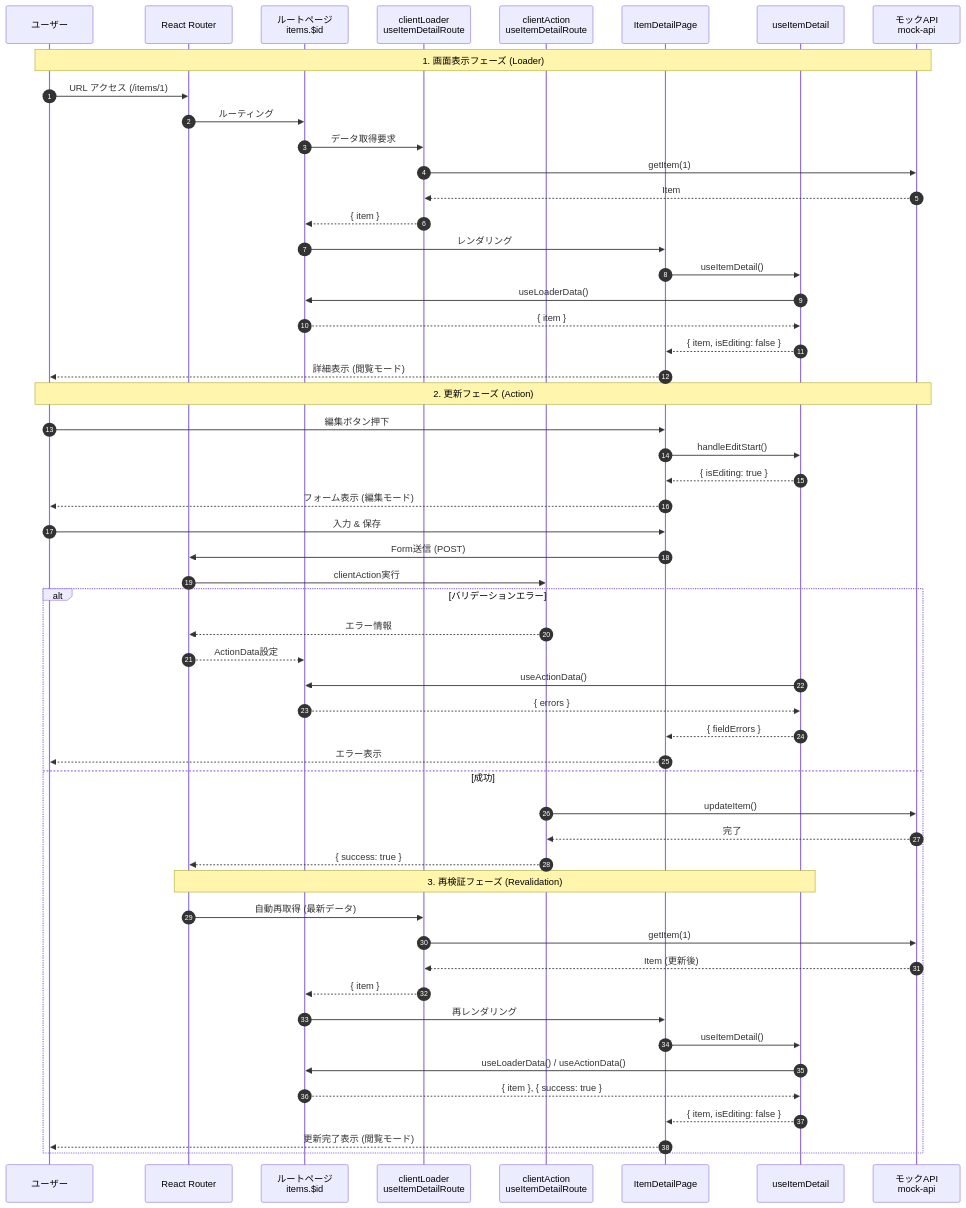
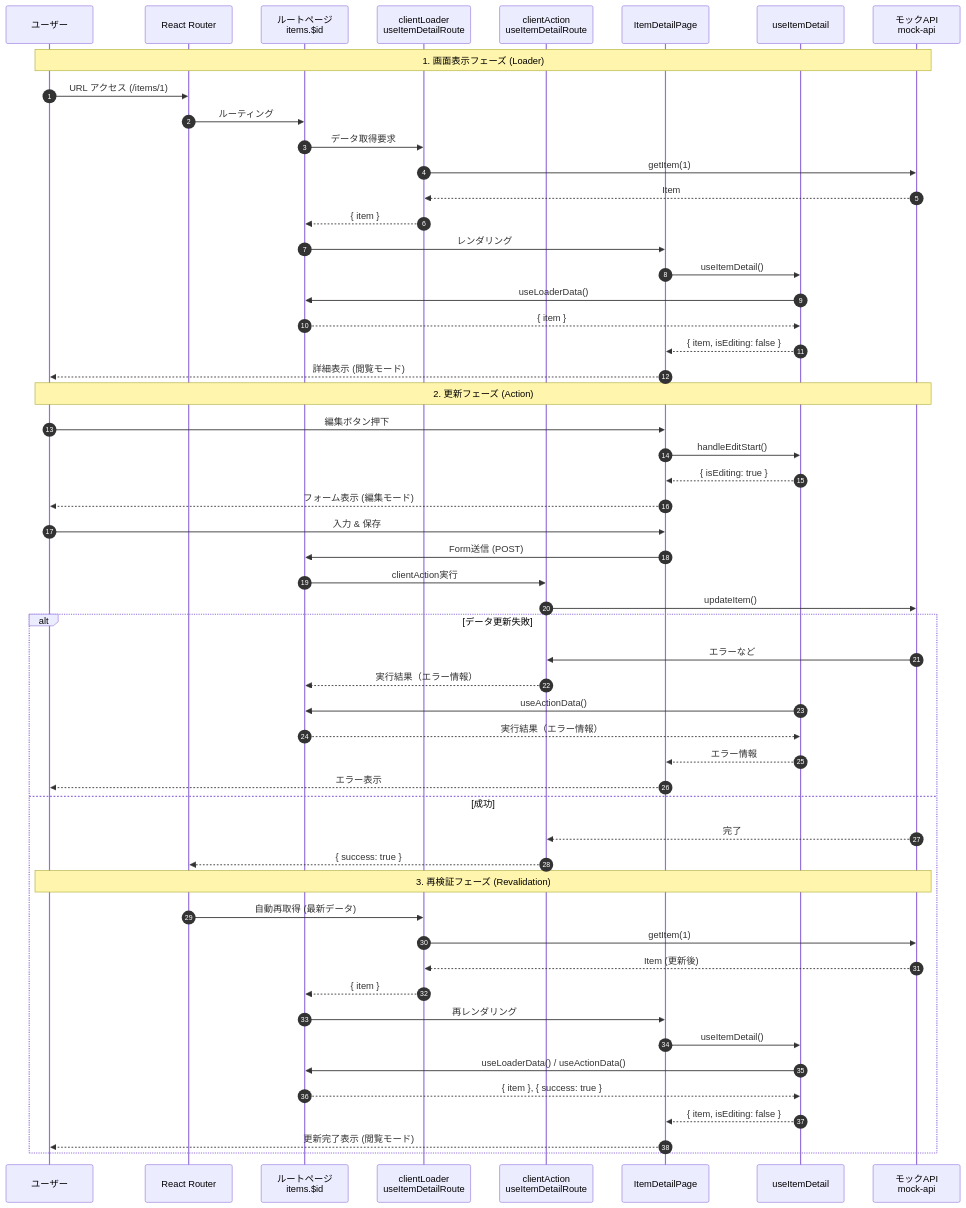
The third of 3 diagrams in docs/guide/5.サンプルアプリ実装.md (daisuke0412/react-sample), drawn with Mermaid before and after one commit.

````diff
--- a/docs/guide/5.サンプルアプリ実装.md
+++ b/docs/guide/5.サンプルアプリ実装.md
@@ -725,63 +725,63 @@
 ```mermaid
 sequenceDiagram
     autonumber
     participant user as ユーザー
     participant ReactRouter as React Router
     participant Route as ルートページ<br>items.$id
     participant Loader as clientLoader<br>useItemDetailRoute
     participant Action as clientAction<br>useItemDetailRoute
     participant Page as ItemDetailPage
     participant Hook as useItemDetail
     participant Mock as モックAPI<br>mock-api
 
     Note over user, Mock: 1. 画面表示フェーズ (Loader)
     user->>ReactRouter: URL アクセス (/items/1)
     ReactRouter->>Route: ルーティング
     Route->>Loader: データ取得要求
     Loader->>Mock: getItem(1)
     Mock-->>Loader: Item
     Loader-->>Route: { item }
     
     Route->>Page: レンダリング
     Page->>Hook: useItemDetail()
     Hook->>Route: useLoaderData()
     Route-->>Hook: { item }
     Hook-->>Page: { item, isEditing: false }
     Page-->>user: 詳細表示 (閲覧モード)
 
     Note over user, Mock: 2. 更新フェーズ (Action)
     user->>Page: 編集ボタン押下
     Page->>Hook: handleEditStart()
     Hook-->>Page: { isEditing: true }
     Page-->>user: フォーム表示 (編集モード)
     
     user->>Page: 入力 & 保存
-    Page->>ReactRouter: Form送信 (POST)
-    ReactRouter->>Action: clientAction実行
+    Page->>Route: Form送信 (POST)
+    Route->>Action: clientAction実行
+    Action->>Mock: updateItem()
     
-    alt バリデーションエラー
-        Action-->>ReactRouter: エラー情報
-        ReactRouter-->>Route: ActionData設定
+    alt データ更新失敗
+        Mock->>Action: エラーなど
+        Action-->>Route: 実行結果（エラー情報）
         Hook->>Route: useActionData()
-        Route-->>Hook: { errors }
-        Hook-->>Page: { fieldErrors }
+        Route-->>Hook: 実行結果（エラー情報）
+        Hook-->>Page: エラー情報
         Page-->>user: エラー表示
     else 成功
-        Action->>Mock: updateItem()
         Mock-->>Action: 完了
         Action-->>ReactRouter: { success: true }
         
-        Note over ReactRouter, Hook: 3. 再検証フェーズ (Revalidation)
+        Note over user, Mock: 3. 再検証フェーズ (Revalidation)
         ReactRouter->>Loader: 自動再取得 (最新データ)
         Loader->>Mock: getItem(1)
         Mock-->>Loader: Item (更新後)
         Loader-->>Route: { item }
         
         Route->>Page: 再レンダリング
         Page->>Hook: useItemDetail()
         Hook->>Route: useLoaderData() / useActionData()
         Route-->>Hook: { item }, { success: true }
         Hook-->>Page: { item, isEditing: false }
         Page-->>user: 更新完了表示 (閲覧モード)
     end
 ```
````
